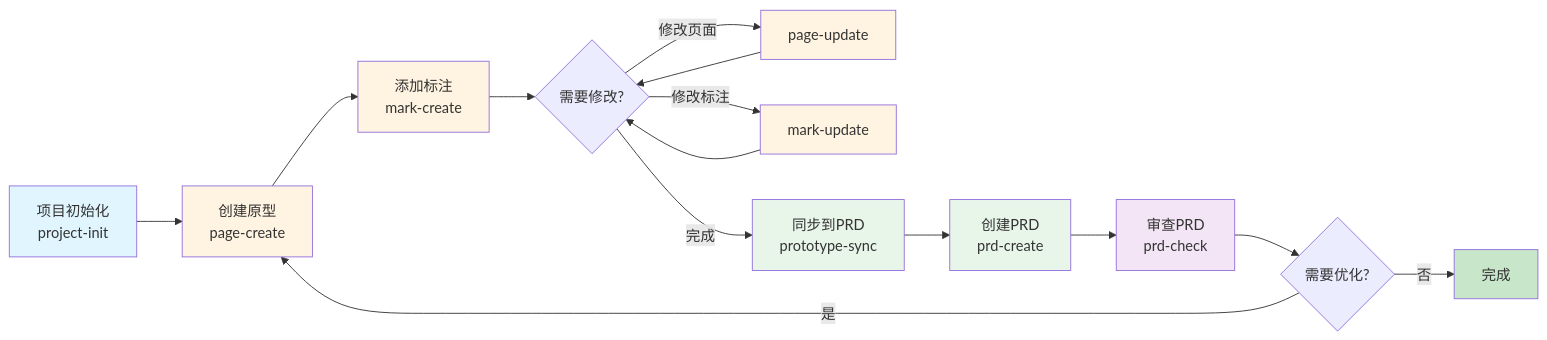
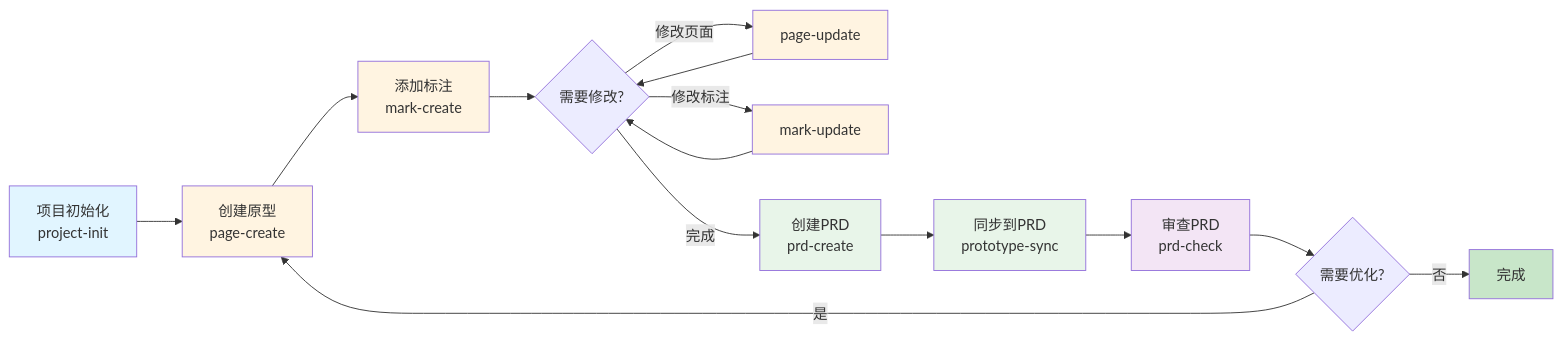
Before and after one commit to qizhi2design-svg/prdkit-skills: the diagram in README.md, drawn with Mermaid. The commit also changed other lines of this file, not shown here.

First line of the commit message:
fix: 修正工作流程图中 PRD 创建和同步的顺序

````diff
--- a/README.md
+++ b/README.md
@@ -12,26 +12,26 @@
 ```mermaid
 graph LR
     A[项目初始化<br/>project-init] --> B[创建原型<br/>page-create]
     B --> C[添加标注<br/>mark-create]
     C --> D{需要修改?}
     D -->|修改页面| E[page-update]
     D -->|修改标注| F[mark-update]
     E --> D
     F --> D
-    D -->|完成| G[同步到PRD<br/>prototype-sync]
-    G --> H[创建PRD<br/>prd-create]
-    H --> I[审查PRD<br/>prd-check]
+    D -->|完成| H[创建PRD<br/>prd-create]
+    H --> G[同步到PRD<br/>prototype-sync]
+    G --> I[审查PRD<br/>prd-check]
     I --> J{需要优化?}
     J -->|是| B
     J -->|否| K[完成]
     
     style A fill:#e1f5ff
     style B fill:#fff4e1
     style C fill:#fff4e1
     style E fill:#fff4e1
     style F fill:#fff4e1
+    style H fill:#e8f5e9
     style G fill:#e8f5e9
-    style H fill:#e8f5e9
     style I fill:#f3e5f5
     style K fill:#c8e6c9
 ```
````
